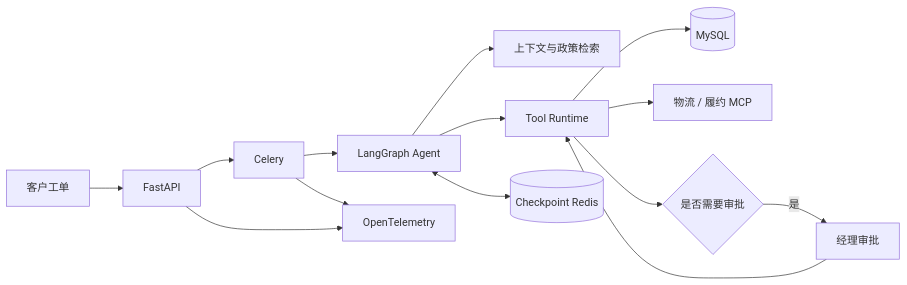
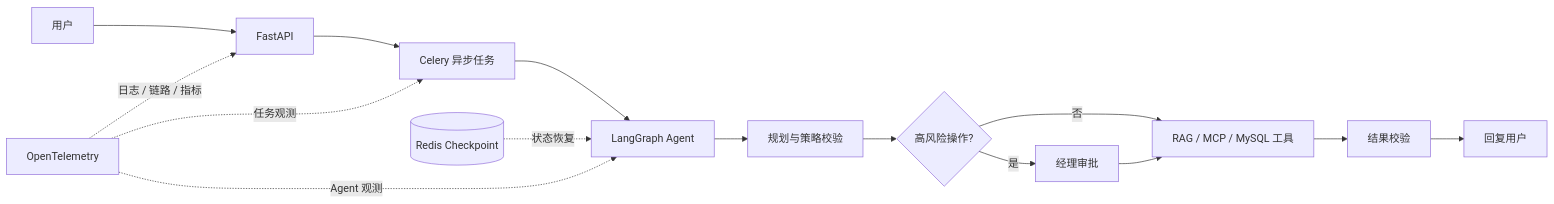
One commit to foolishsanjiu/Customer_Support_Agent changed the diagram in README.md. Above: the diagram before and after it, drawn with Mermaid. The commit also changed other lines of this file and 2 other files, not shown here.

Commit message:
docs: refocus README for agent roles

````diff
--- a/README.md
+++ b/README.md
@@ -66,16 +44,18 @@
 ```mermaid
 flowchart LR
-    U[客户工单] --> API[FastAPI]
-    API --> Q[Celery]
-    Q --> G[LangGraph Agent]
-    G --> C[上下文与政策检索]
-    G --> T[Tool Runtime]
-    T --> DB[(MySQL)]
-    T --> MCP[物流 / 履约 MCP]
-    T --> A{是否需要审批}
-    A -->|是| H[经理审批]
-    H --> T
-    G <--> R[(Checkpoint Redis)]
-    API --> O[OpenTelemetry]
-    Q --> O
+    U[用户] --> API[FastAPI]
+    API --> Q[Celery 异步任务]
+    Q --> A[LangGraph Agent]
+    A --> P[规划与策略校验]
+    P --> H{高风险操作?}
+    H -->|是| HITL[经理审批]
+    H -->|否| T[RAG / MCP / MySQL 工具]
+    HITL --> T
+    T --> V[结果校验]
+    V --> R[回复用户]
+
+    CP[(Redis Checkpoint)] -. 状态恢复 .-> A
+    OT[OpenTelemetry] -. 日志 / 链路 / 指标 .-> API
+    OT -. 任务观测 .-> Q
+    OT -. Agent 观测 .-> A
 ```
````
